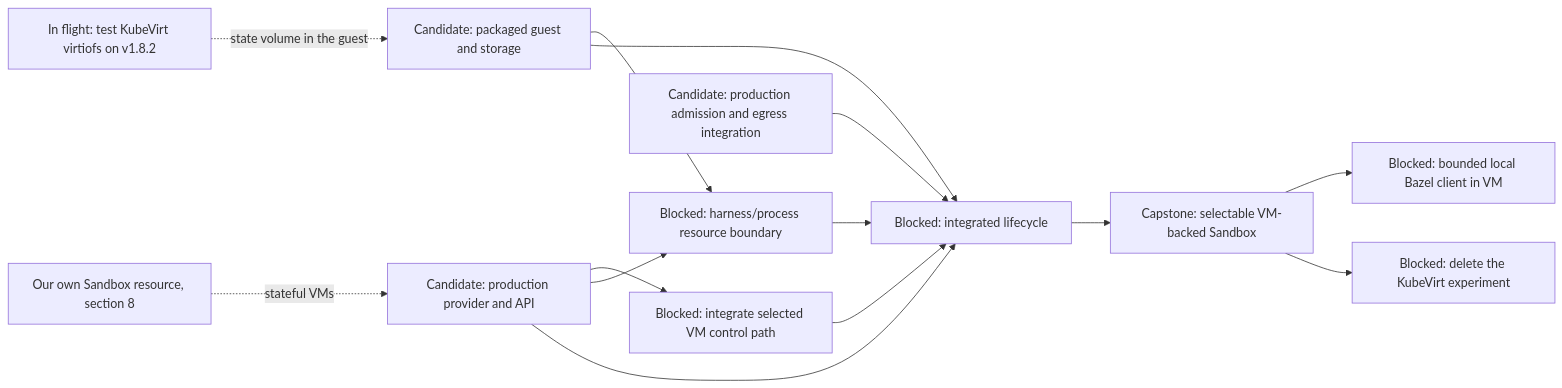
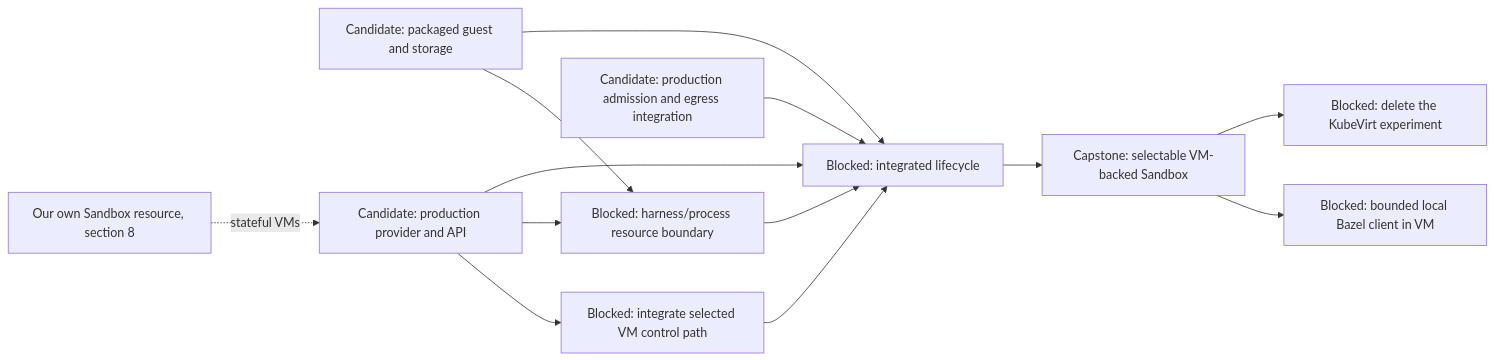
One commit to agentydragon-agent/ducktape changed the sixth of 15 diagrams in agentplane/plans/task_dag.md. Above: the diagram before and after it, drawn with Mermaid. The commit also changed other lines of this file and 1 other file, not shown here.

First line of the commit message:
agentplane: record live virtiofs results, close VM_VIRTIOFS (#10165)

````diff
--- a/agentplane/plans/task_dag.md
+++ b/agentplane/plans/task_dag.md
@@ -335,24 +335,22 @@
 ```mermaid
 flowchart LR
     VM_CONTROL_NETWORKING[Blocked: integrate selected VM control path]
     VM_IMAGE[Candidate: packaged guest and storage]
     VM_PROVIDER[Candidate: production provider and API]
-    VM_VIRTIOFS[In flight: test KubeVirt virtiofs on v1.8.2]
     AGENTPLANE_SANDBOX_RESOURCE[Our own Sandbox resource, section 8]
     VM_EGRESS[Candidate: production admission and egress integration]
     VM_PROCESS_ISOLATION[Blocked: harness/process resource boundary]
     VM_LIFECYCLE[Blocked: integrated lifecycle]
     VM_PROVIDER --> VM_CONTROL_NETWORKING
     AGENTPLANE_SANDBOX_RESOURCE -. stateful VMs .-> VM_PROVIDER
-    VM_VIRTIOFS -. state volume in the guest .-> VM_IMAGE
     VM_CONTROL_NETWORKING --> VM_LIFECYCLE
     VM_IMAGE --> VM_PROCESS_ISOLATION
     VM_PROVIDER --> VM_PROCESS_ISOLATION
     VM_IMAGE --> VM_LIFECYCLE
     VM_PROVIDER --> VM_LIFECYCLE
     VM_EGRESS --> VM_LIFECYCLE
     VM_PROCESS_ISOLATION --> VM_LIFECYCLE
     VM_LIFECYCLE --> SANDBOX_VM_ISOLATION[Capstone: selectable VM-backed Sandbox]
     SANDBOX_VM_ISOLATION --> LOCAL_BAZEL[Blocked: bounded local Bazel client in VM]
     SANDBOX_VM_ISOLATION --> KUBEVIRT_EXPERIMENT_RETIRE[Blocked: delete the KubeVirt experiment]
 ```
````
